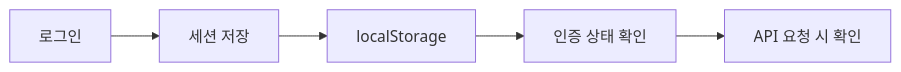
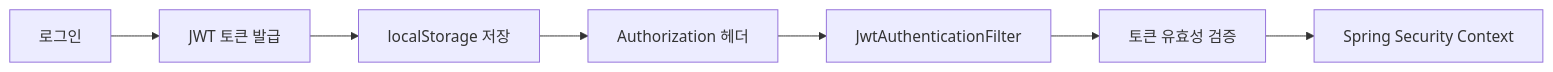
One commit to FNO012/Realworld-build-from-prd changed the ninth of 18 diagrams in docs/design.md. Above: the diagram before and after it, drawn with Mermaid. The commit also changed other lines of this file and 3 other files, not shown here.

````diff
--- a/docs/design.md
+++ b/docs/design.md
@@ -346,7 +354,9 @@
 ```mermaid
 graph LR
-    LOGIN[로그인] --> SESSION[세션 저장]
-    SESSION --> LOCALSTORAGE[localStorage]
-    LOCALSTORAGE --> AUTH[인증 상태 확인]
-    AUTH --> API[API 요청 시 확인]
+    LOGIN[로그인] --> JWT[JWT 토큰 발급]
+    JWT --> STORAGE[localStorage 저장]
+    STORAGE --> HEADER[Authorization 헤더]
+    HEADER --> FILTER[JwtAuthenticationFilter]
+    FILTER --> VALIDATION[토큰 유효성 검증]
+    VALIDATION --> CONTEXT[Spring Security Context]
 ```
````
